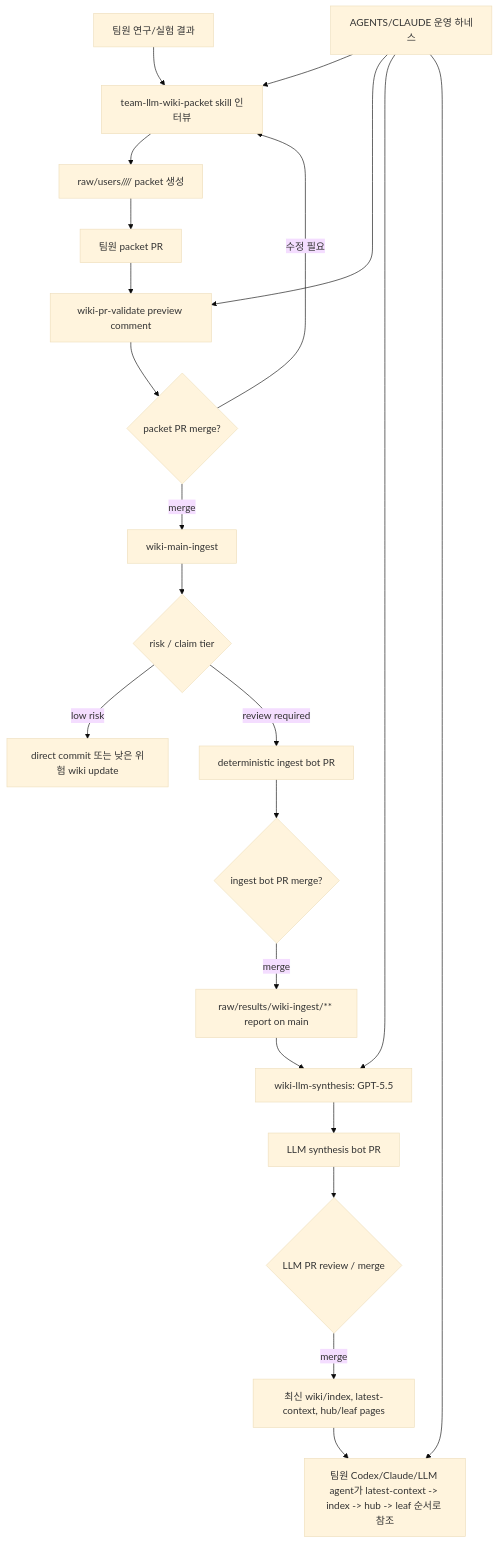
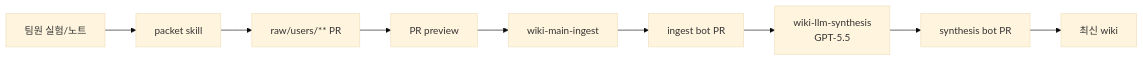
Before and after one commit to chunryongoh/team_llm_wiki: the diagram in README.md, drawn with Mermaid (base theme). The commit also changed other lines of this file and 2 other files, not shown here.

First line of the commit message:
Make wiki README readable for contributors

````diff
--- a/README.md
+++ b/README.md
@@ -11,24 +9,11 @@
 ```mermaid
-flowchart TD
-    A["팀원 연구/실험 결과"] --> B["team-llm-wiki-packet skill 인터뷰"]
-    B --> C["raw/users/<owner>/<category>/<date-slug>/ packet 생성"]
-    C --> D["팀원 packet PR"]
-    R["AGENTS/CLAUDE 운영 하네스"] --> B
-    R --> E
-    R --> M
-    R --> Q
-    D --> E["wiki-pr-validate preview comment"]
-    E --> F{"packet PR merge?"}
-    F -->|merge| G["wiki-main-ingest"]
-    F -->|수정 필요| B
-    G --> H{"risk / claim tier"}
-    H -->|low risk| I["direct commit 또는 낮은 위험 wiki update"]
-    H -->|review required| J["deterministic ingest bot PR"]
-    J --> K{"ingest bot PR merge?"}
-    K -->|merge| L["raw/results/wiki-ingest/** report on main"]
-    L --> M["wiki-llm-synthesis: GPT-5.5"]
-    M --> N["LLM synthesis bot PR"]
-    N --> O{"LLM PR review / merge"}
-    O -->|merge| P["최신 wiki/index, latest-context, hub/leaf pages"]
-    P --> Q["팀원 Codex/Claude/LLM agent가 latest-context -> index -> hub -> leaf 순서로 참조"]
+flowchart LR
+    A["팀원 실험/노트"] --> B["packet skill"]
+    B --> C["raw/users/** PR"]
+    C --> D["PR preview"]
+    D --> E["wiki-main-ingest"]
+    E --> F["ingest bot PR"]
+    F --> G["wiki-llm-synthesis<br/>GPT-5.5"]
+    G --> H["synthesis bot PR"]
+    H --> I["최신 wiki"]
 ```
````
